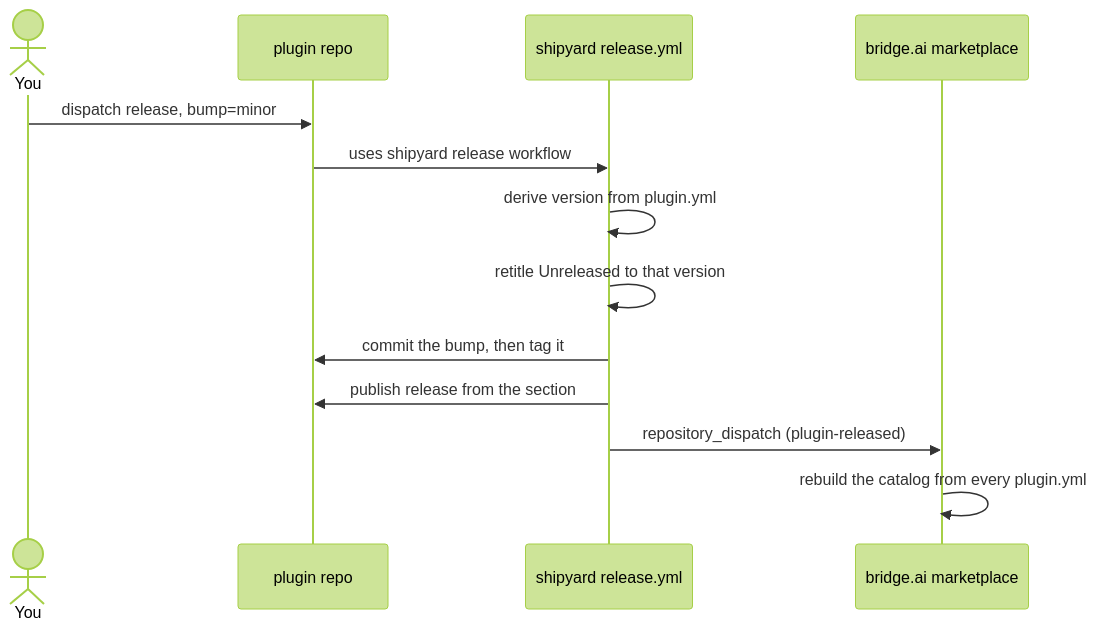
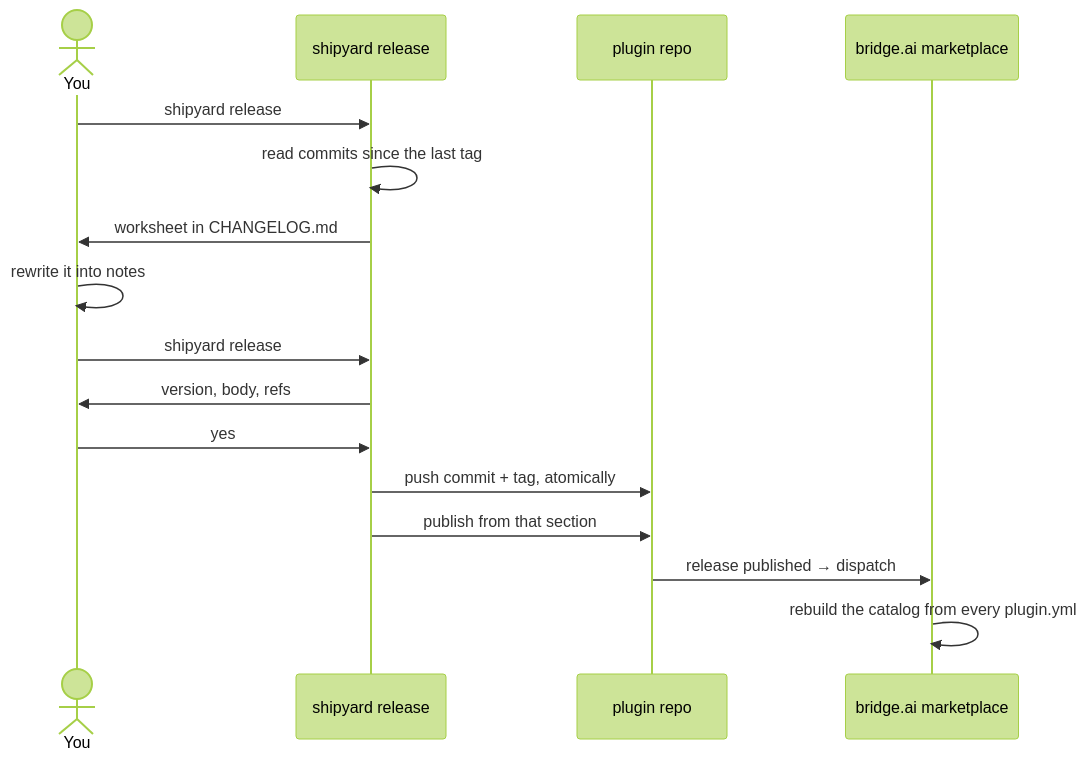
Before and after one commit to chris-peterson/shipyard: the fourth of 4 diagrams in docs/how-it-works.md, drawn with Mermaid (forest theme). The commit also changed other lines of this file and 14 other files, not shown here.

````diff
--- a/docs/how-it-works.md
+++ b/docs/how-it-works.md
@@ -219,16 +219,19 @@
 ```mermaid
 %%{ init: { 'look': 'handDrawn' } }%%
 sequenceDiagram
   actor You
+  participant SY as shipyard release
   participant GH as plugin repo
-  participant SY as shipyard release.yml
   participant MP as bridge.ai marketplace
-  You->>GH: dispatch release, bump=minor
-  GH->>SY: uses shipyard release workflow
-  SY->>SY: derive version from plugin.yml
-  SY->>SY: retitle Unreleased to that version
-  SY->>GH: commit the bump, then tag it
-  SY->>GH: publish release from the section
-  SY->>MP: repository_dispatch (plugin-released)
+  You->>SY: shipyard release
+  SY->>SY: read commits since the last tag
+  SY->>You: worksheet in CHANGELOG.md
+  You->>You: rewrite it into notes
+  You->>SY: shipyard release
+  SY->>You: version, body, refs
+  You->>SY: yes
+  SY->>GH: push commit + tag, atomically
+  SY->>GH: publish from that section
+  GH->>MP: release published → dispatch
   MP->>MP: rebuild the catalog from every plugin.yml
 ```
````
